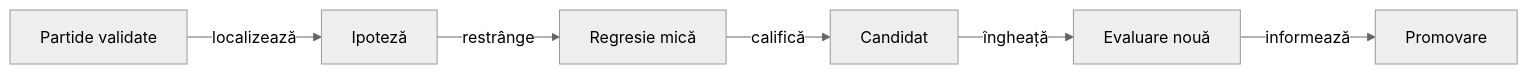
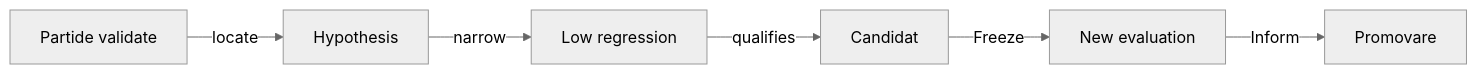
Before and after one commit to crististefanita/atf_j4: the first of 2 diagrams in docs/learning/ATF_PolicyEvolution.md, drawn with Mermaid (neutral theme). The commit also changed other lines of this file and 122 other files, not shown here.

````diff
--- a/docs/learning/ATF_PolicyEvolution.md
+++ b/docs/learning/ATF_PolicyEvolution.md
@@ -33,8 +33,8 @@
 ```mermaid
 flowchart LR
-    GAME[Partide validate] -->|localizează| QUESTION[Ipoteză]
-    QUESTION -->|restrânge| TEST[Regresie mică]
-    TEST -->|califică| CAND[Candidat]
-    CAND -->|îngheață| FRESH[Evaluare nouă]
-    FRESH -->|informează| REVIEW[Promovare]
+    GAME[Partide validate] -->|locate| QUESTION[Hypothesis]
+    QUESTION -->|narrow| TEST[Low regression]
+    TEST -->|qualifies| CAND[Candidat]
+    CAND -->|Freeze| FRESH[New evaluation]
+    FRESH -->|Inform| REVIEW[Promovare]
 ```
````
